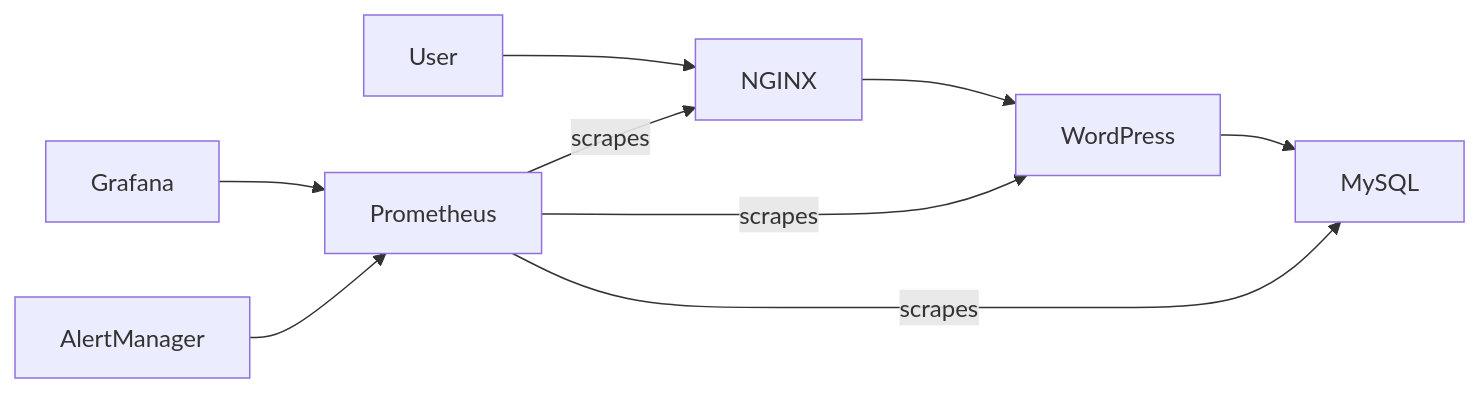
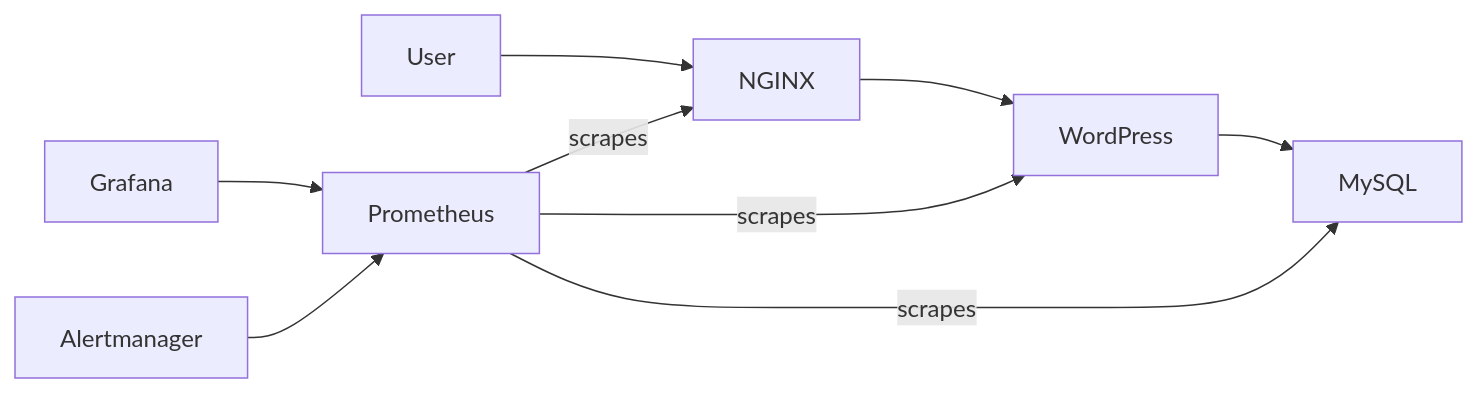
The diagram in README.md (MRPERFECT0603/Ravi_Intern_Project), drawn with Mermaid before and after one commit. The commit also changed other lines of this file, not shown here.

````diff
--- a/README.md
+++ b/README.md
@@ -26,11 +34,11 @@
 ```mermaid
 flowchart LR
     User --> NGINX
     NGINX --> WordPress
     WordPress --> MySQL
     Prometheus -->|scrapes| NGINX
     Prometheus -->|scrapes| WordPress
     Prometheus -->|scrapes| MySQL
     Grafana --> Prometheus
-    AlertManager --> Prometheus
+    Alertmanager --> Prometheus
 ```
````
